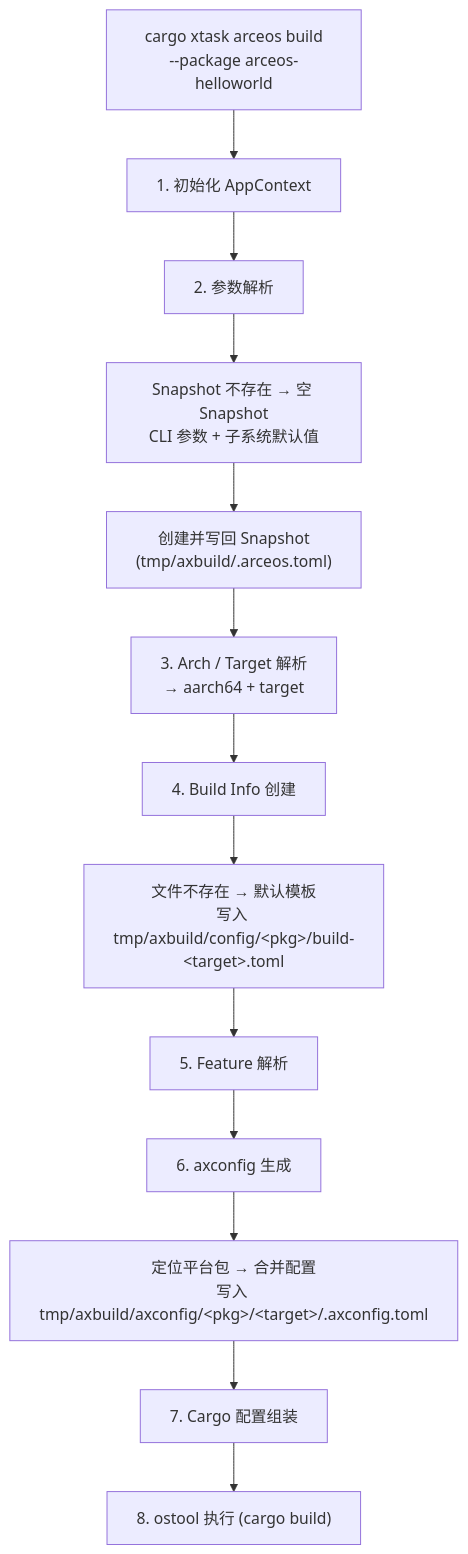
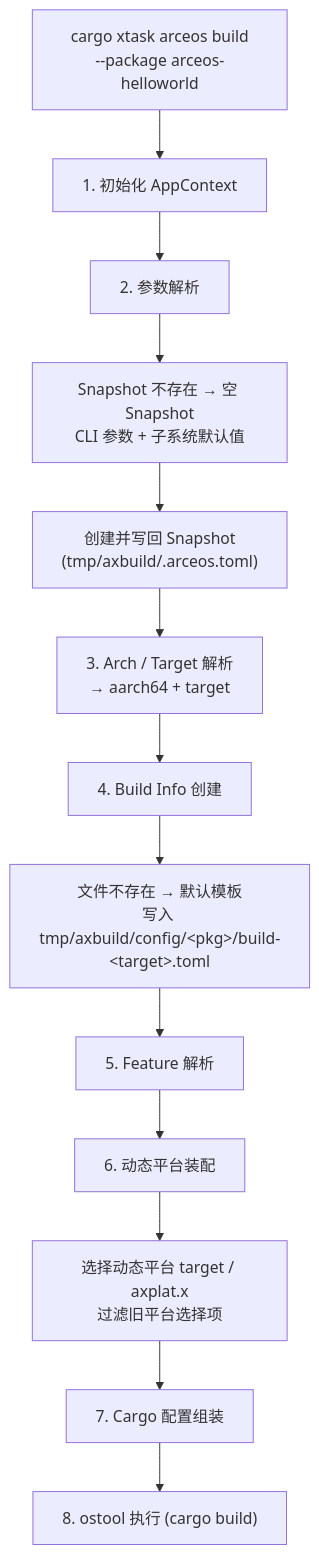
The first of 6 diagrams in docs/docs/build/build.md (rcore-os/tgoskits), drawn with Mermaid before and after one commit. The commit also changed other lines of this file and 302 other files, not shown here.

````diff
--- a/docs/docs/build/build.md
+++ b/docs/docs/build/build.md
@@ -16,15 +16,15 @@
 ```mermaid
 flowchart TD
     A["cargo xtask arceos build<br/>--package arceos-helloworld"] --> B[1. 初始化 AppContext]
     B --> C["2. 参数解析"]
     C --> C1["Snapshot 不存在 → 空 Snapshot<br/>CLI 参数 + 子系统默认值"]
     C1 --> C2["创建并写回 Snapshot<br/>(tmp/axbuild/.arceos.toml)"]
     C2 --> D["3. Arch / Target 解析<br/>→ aarch64 + target"]
     D --> E["4. Build Info 创建"]
     E --> E1["文件不存在 → 默认模板<br/>写入 tmp/axbuild/config/&lt;pkg&gt;/build-&lt;target&gt;.toml"]
     E1 --> F["5. Feature 解析"]
-    F --> G["6. axconfig 生成"]
-    G --> G1["定位平台包 → 合并配置<br/>写入 tmp/axbuild/axconfig/&lt;pkg&gt;/&lt;target&gt;/.axconfig.toml"]
+    F --> G["6. 动态平台装配"]
+    G --> G1["选择动态平台 target / axplat.x<br/>过滤旧平台选择项"]
     G1 --> H["7. Cargo 配置组装"]
     H --> I["8. ostool 执行 (cargo build)"]
 ```
````
